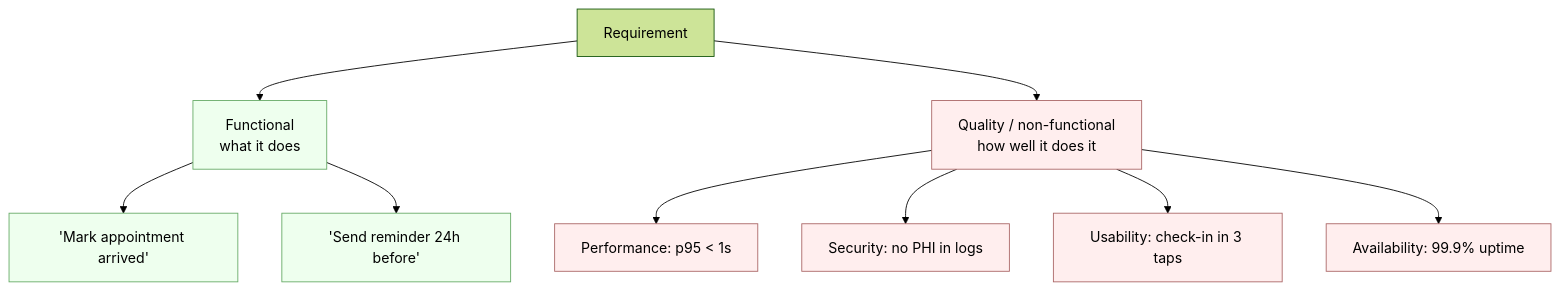
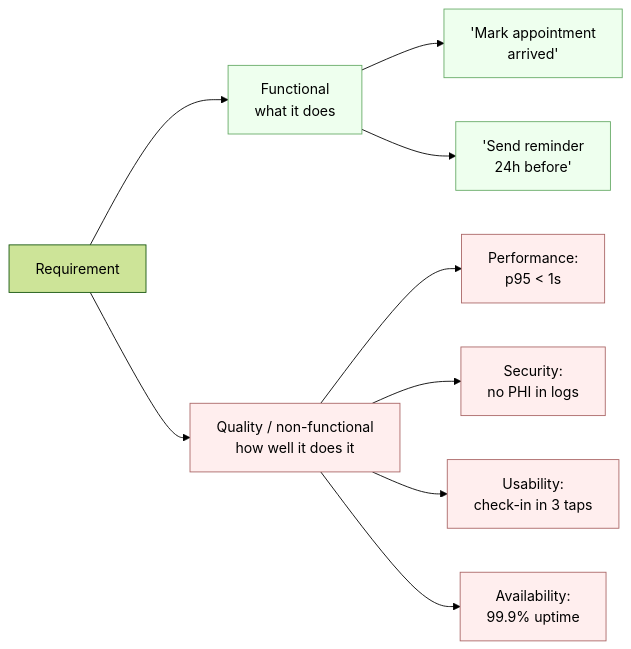
Before and after one commit to vrthra/open-swe-book: the second of 6 diagrams in chapters/03-user-requirements/README.md, drawn with Mermaid (forest theme). The commit also changed other lines of this file and 23 other files, not shown here.

Commit message:
Update tab order and fixed diagrams

````diff
--- a/chapters/03-user-requirements/README.md
+++ b/chapters/03-user-requirements/README.md
@@ -118,15 +118,15 @@
 ```mermaid
-flowchart TD
+flowchart LR
     R[Requirement] --> F[Functional<br/>what it does]
     R --> Q[Quality / non-functional<br/>how well it does it]
-    F --> F1["'Mark appointment arrived'"]
-    F --> F2["'Send reminder 24h before'"]
-    Q --> Q1["Performance: p95 < 1s"]
-    Q --> Q2["Security: no PHI in logs"]
-    Q --> Q3["Usability: check-in in 3 taps"]
-    Q --> Q4["Availability: 99.9% uptime"]
+    F --> F1["'Mark appointment<br/>arrived'"]
+    F --> F2["'Send reminder<br/>24h before'"]
+    Q --> Q1["Performance:<br/>p95 < 1s"]
+    Q --> Q2["Security:<br/>no PHI in logs"]
+    Q --> Q3["Usability:<br/>check-in in 3 taps"]
+    Q --> Q4["Availability:<br/>99.9% uptime"]
     classDef f fill:#efe,stroke:#6a6,color:#000;
     classDef q fill:#fee,stroke:#a66,color:#000;
     class F,F1,F2 f;
     class Q,Q1,Q2,Q3,Q4 q;
 ```
````
